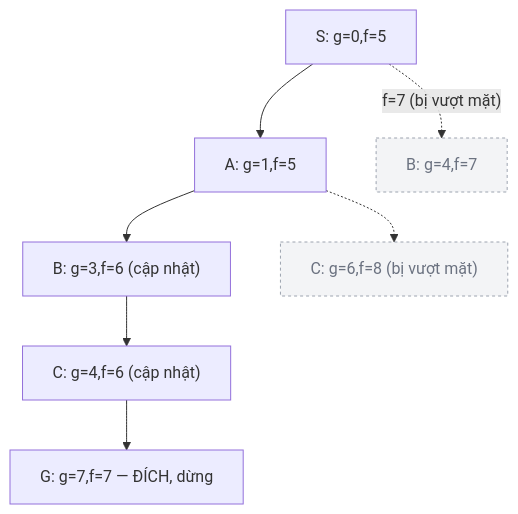
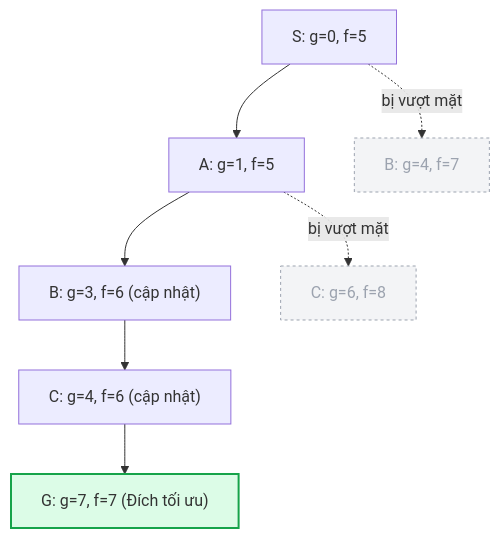
Before and after one commit to KazinMintori/StudyHub: the fourth of 5 diagrams in docs/bieu-dien-tri-thuc/bai-giang/03-tim-kiem-kinh-nghiem.md, drawn with Mermaid. The commit also changed other lines of this file and 558 other files, not shown here.

````diff
--- a/docs/bieu-dien-tri-thuc/bai-giang/03-tim-kiem-kinh-nghiem.md
+++ b/docs/bieu-dien-tri-thuc/bai-giang/03-tim-kiem-kinh-nghiem.md
@@ -141,12 +150,14 @@
 ```mermaid
 flowchart TD
-    S2["S: g=0,f=5"] --> A2["A: g=1,f=5"]
-    S2 -.->|"f=7 (bị vượt mặt)"| B2x["B: g=4,f=7"]
-    A2 --> B2["B: g=3,f=6 (cập nhật)"]
-    A2 -.-> C2x["C: g=6,f=8 (bị vượt mặt)"]
-    B2 --> C2["C: g=4,f=6 (cập nhật)"]
-    C2 --> G2["G: g=7,f=7 — ĐÍCH, dừng"]
+    S["S: g=0, f=5"] --> A["A: g=1, f=5"]
+    S -.->|"bị vượt mặt"| B_old["B: g=4, f=7"]
+    A --> B["B: g=3, f=6 (cập nhật)"]
+    A -.->|"bị vượt mặt"| C_old["C: g=6, f=8"]
+    B --> C["C: g=4, f=6 (cập nhật)"]
+    C --> G["G: g=7, f=7 (Đích tối ưu)"]
 
-    classDef stale fill:#f3f4f6,stroke:#9ca3af,stroke-dasharray: 3 3,color:#6b7280;
-    class B2x,C2x stale;
+    classDef goal fill:#dcfce7,stroke:#16a34a,stroke-width:2px;
+    classDef dead fill:#f3f4f6,stroke:#9ca3af,stroke-dasharray: 3 3,color:#9ca3af;
+    class G goal;
+    class B_old,C_old dead;
 ```
````
